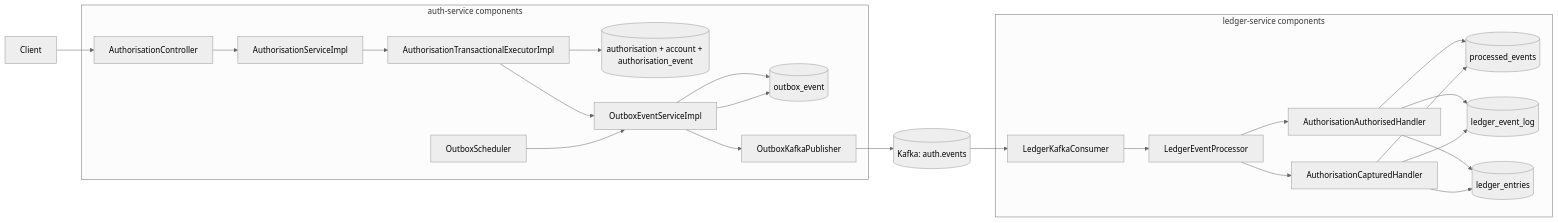
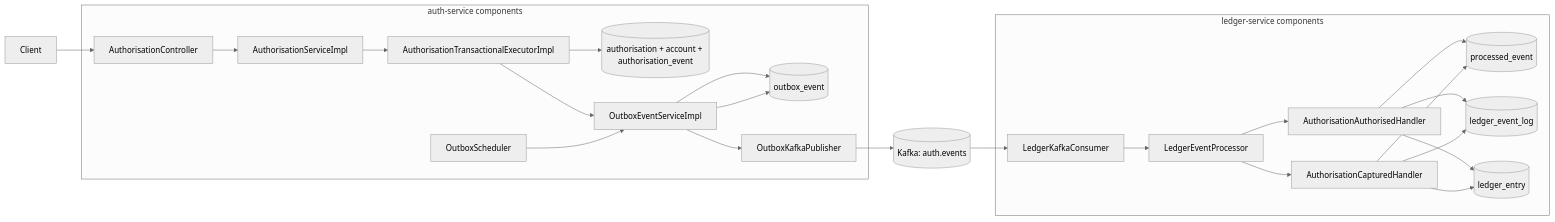
Before and after one commit to ShirongQuan/payment-platform: the diagram in docs/architecture/service-interaction.mmd, drawn with Mermaid (neutral theme). The commit also changed 56 other files, not shown here.

```diff
--- a/docs/architecture/service-interaction.mmd
+++ b/docs/architecture/service-interaction.mmd
@@ -1,41 +1,41 @@
 flowchart LR
     Client[Client]
 
     subgraph Auth[auth-service components]
         Controller[AuthorisationController]
         Service[AuthorisationServiceImpl]
         TxExecutor[AuthorisationTransactionalExecutorImpl]
         AuthRepo[(authorisation + account + authorisation_event)]
         OutboxSvc[OutboxEventServiceImpl]
         OutboxRepo[(outbox_event)]
         OutboxScheduler[OutboxScheduler]
         KafkaPublisher[OutboxKafkaPublisher]
     end
 
     Kafka[(Kafka: auth.events)]
 
     subgraph Ledger[ledger-service components]
         KafkaConsumer[LedgerKafkaConsumer]
         EventProcessor[LedgerEventProcessor]
         AuthHandler[AuthorisationAuthorisedHandler]
         CapHandler[AuthorisationCapturedHandler]
-        Dedup[(processed_events)]
+        Dedup[(processed_event)]
         EventLog[(ledger_event_log)]
-        Projection[(ledger_entries)]
+        Projection[(ledger_entry)]
     end
 
     Client --> Controller --> Service --> TxExecutor
     TxExecutor --> AuthRepo
     TxExecutor --> OutboxSvc --> OutboxRepo
     OutboxScheduler --> OutboxSvc
     OutboxSvc --> OutboxRepo
     OutboxSvc --> KafkaPublisher --> Kafka
     Kafka --> KafkaConsumer --> EventProcessor
     EventProcessor --> AuthHandler
     EventProcessor --> CapHandler
     AuthHandler --> Dedup
     CapHandler --> Dedup
     AuthHandler --> EventLog
     CapHandler --> EventLog
     AuthHandler --> Projection
     CapHandler --> Projection
```
